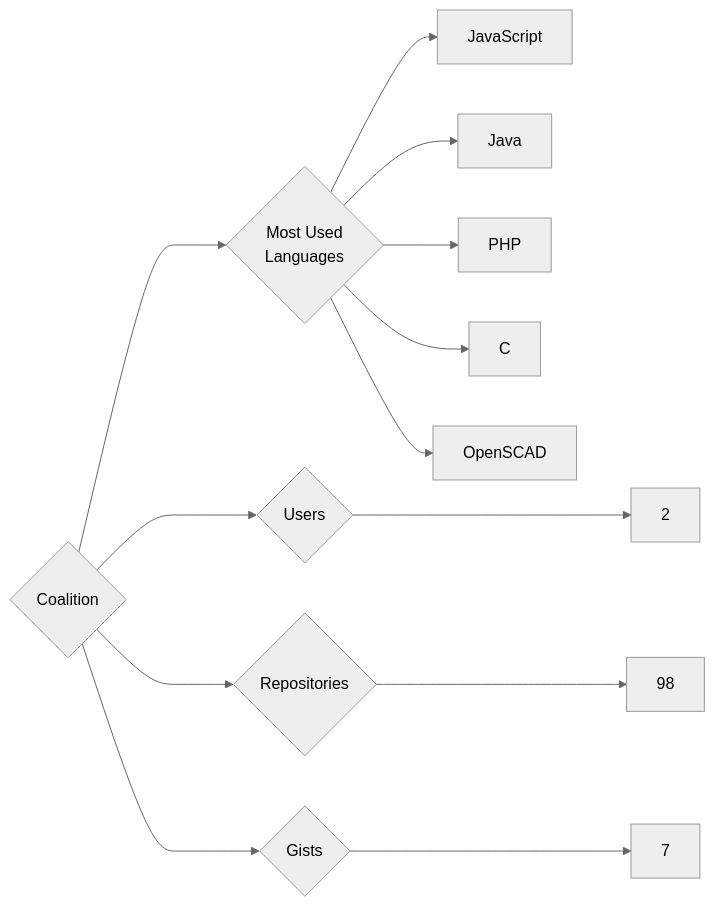
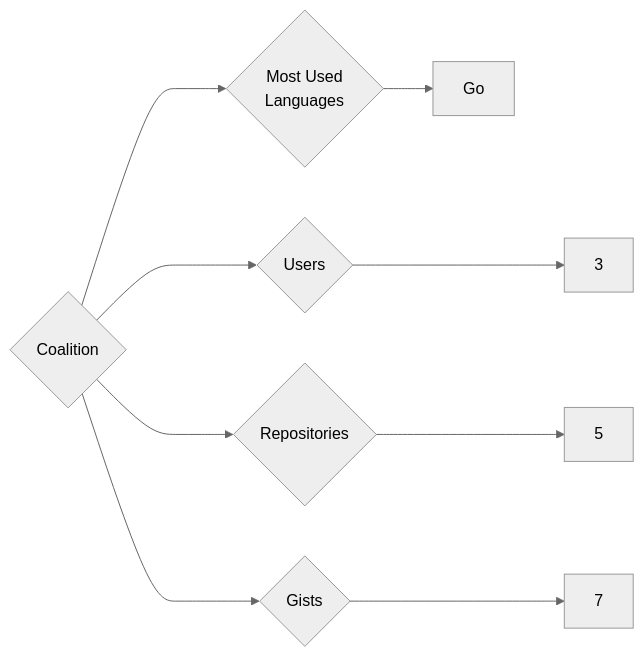
Before and after one commit to trickest/insiders: the diagram in targets/Coalition/README.md, drawn with Mermaid (neutral theme). The commit also changed 1020 other files, not shown here.

````diff
--- a/targets/Coalition/README.md
+++ b/targets/Coalition/README.md
@@ -3,13 +3,9 @@
 ```mermaid
 graph LR
 COMPANY_NAME{Coalition}
-COMPANY_NAME ---> U{Users} ---> UN[2]
-COMPANY_NAME ---> R{Repositories} ---> RN[98]
+COMPANY_NAME ---> U{Users} ---> UN[3]
+COMPANY_NAME ---> R{Repositories} ---> RN[5]
 COMPANY_NAME ---> G{Gists} ---> GN[7]
 COMPANY_NAME ---> ML{Most Used<br>Languages}
-ML --> JavaScript[JavaScript]
-ML --> Java[Java]
-ML --> PHP[PHP]
-ML --> C[C]
-ML --> OpenSCAD[OpenSCAD]
+ML --> Go[Go]
 ```
````
